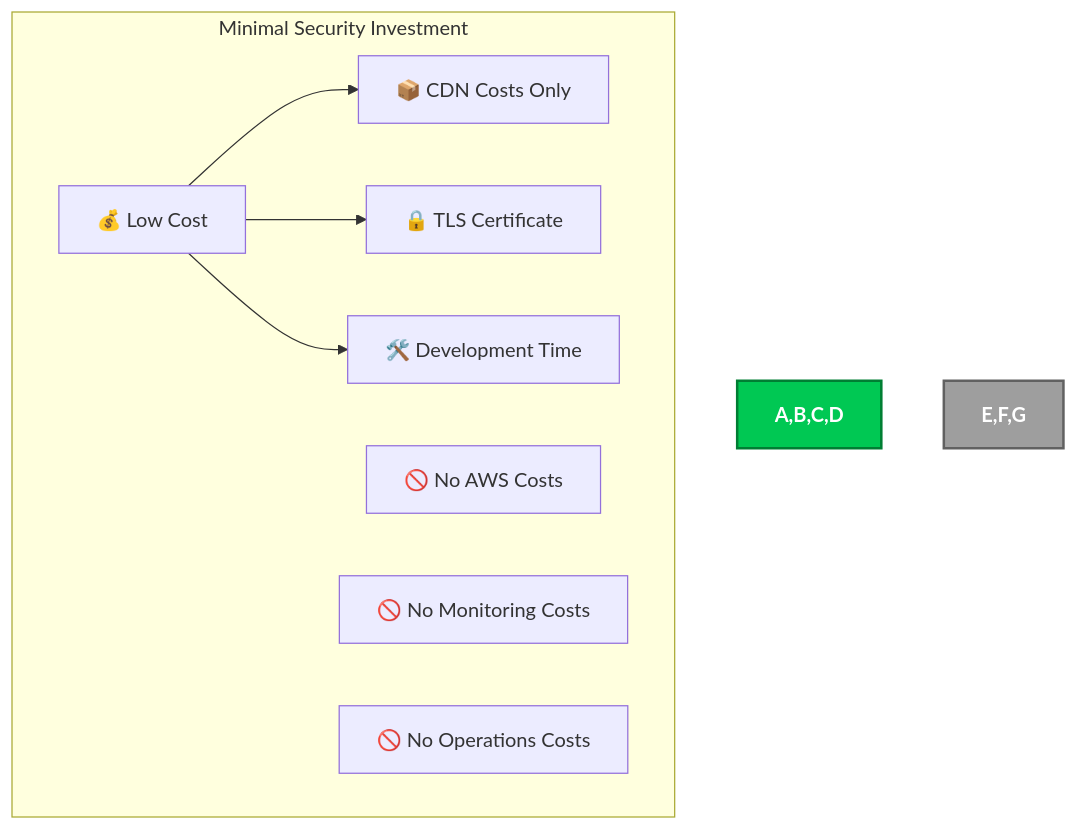
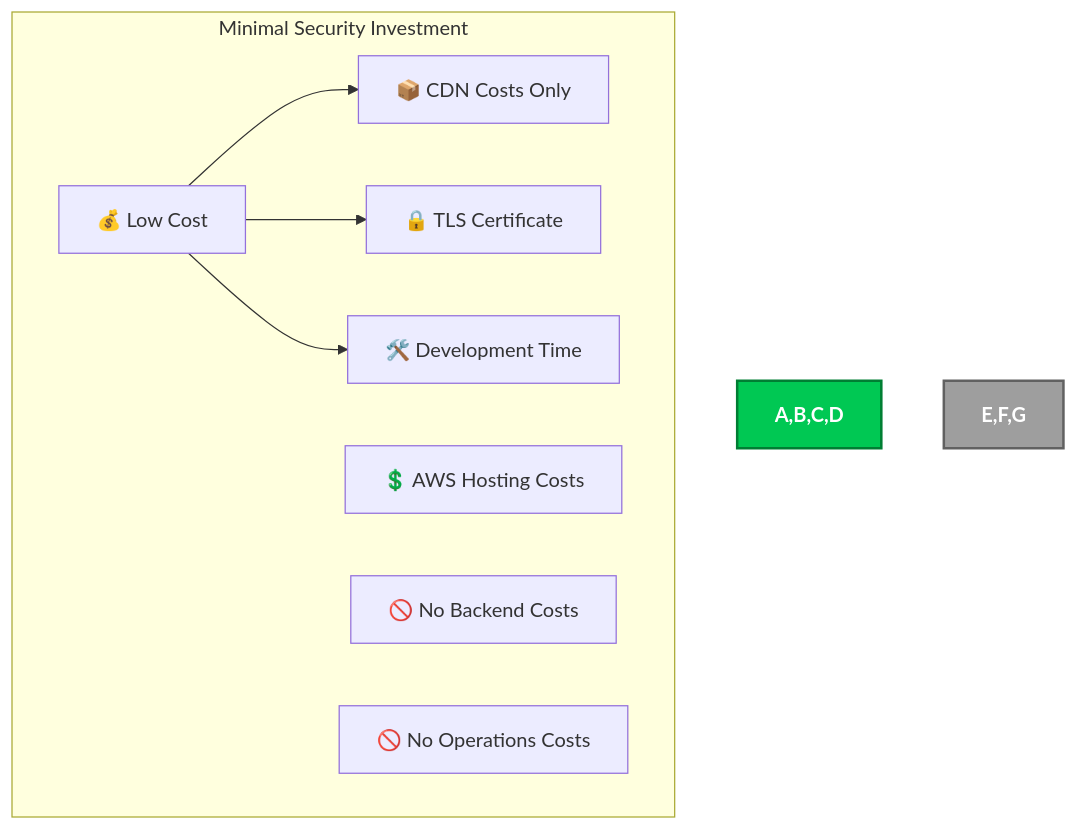
One commit to Hack23/blacktrigram changed diagram 22 of 23 in docs/api/media/SECURITY_ARCHITECTURE.md. Above: the diagram before and after it, drawn with Mermaid. The commit also changed other lines of this file and 1926 other files, not shown here.

````diff
--- a/docs/api/media/SECURITY_ARCHITECTURE.md
+++ b/docs/api/media/SECURITY_ARCHITECTURE.md
@@ -907,15 +907,15 @@
 ```mermaid
 flowchart TD
     subgraph "Minimal Security Investment"
         A[💰 Low Cost] --> B[📦 CDN Costs Only]
         A --> C[🔒 TLS Certificate]
         A --> D[🛠️ Development Time]
 
-        E[🚫 No AWS Costs]
-        F[🚫 No Monitoring Costs]
+        E[💲 AWS Hosting Costs]
+        F[🚫 No Backend Costs]
         G[🚫 No Operations Costs]
     end
 
     style A,B,C,D fill:#00C853,stroke:#007E33,stroke-width:2px,color:white,font-weight:bold
     style E,F,G fill:#9E9E9E,stroke:#616161,stroke-width:2px,color:white,font-weight:bold
 ```
````
